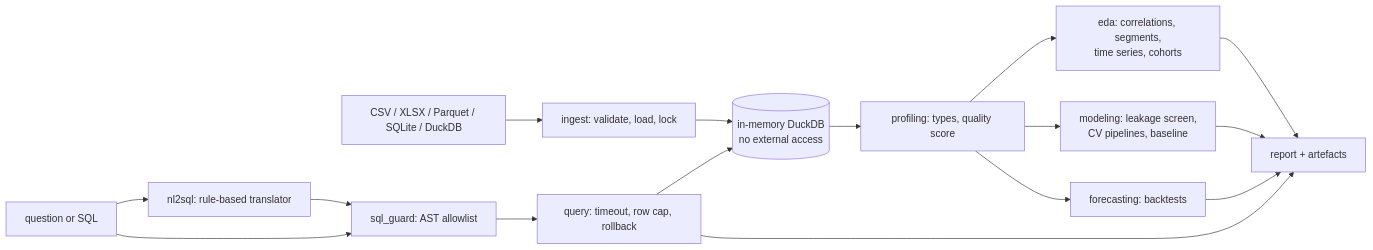
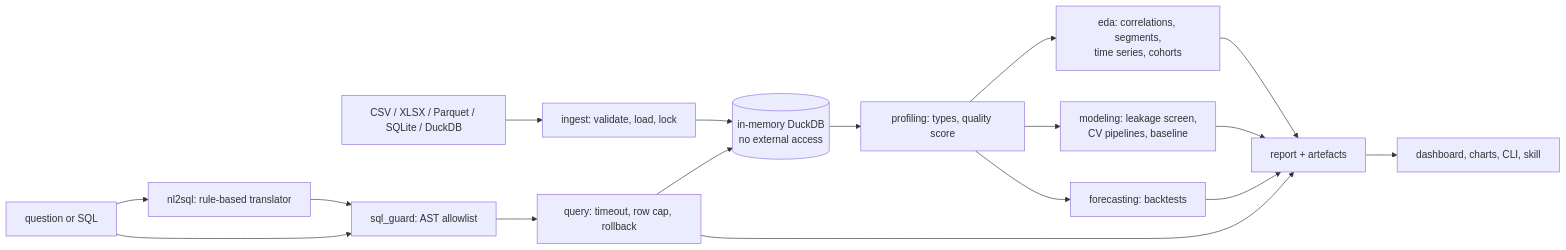
One commit to mitchellma1219-beep/auto-data-scientist changed the diagram in README.md. Above: the diagram before and after it, drawn with Mermaid. The commit also changed other lines of this file and 8 other files, not shown here.

First line of the commit message:
Document the architecture, contributing rules and portfolio notes; re-measure

````diff
--- a/README.md
+++ b/README.md
@@ -96,18 +153,19 @@
 ```mermaid
 flowchart LR
     F[CSV / XLSX / Parquet / SQLite / DuckDB] --> I[ingest: validate, load, lock]
     I --> D[(in-memory DuckDB<br/>no external access)]
     D --> P[profiling: types, quality score]
     P --> E[eda: correlations, segments,<br/>time series, cohorts]
     Q[question or SQL] --> T[nl2sql: rule-based translator]
     T --> G[sql_guard: AST allowlist]
     Q --> G
     G --> X[query: timeout, row cap, rollback]
     X --> D
     P --> M[modeling: leakage screen,<br/>CV pipelines, baseline]
     P --> C[forecasting: backtests]
     E --> R[report + artefacts]
     X --> R
     M --> R
     C --> R
+    R --> UI[dashboard, charts, CLI, skill]
 ```
````
